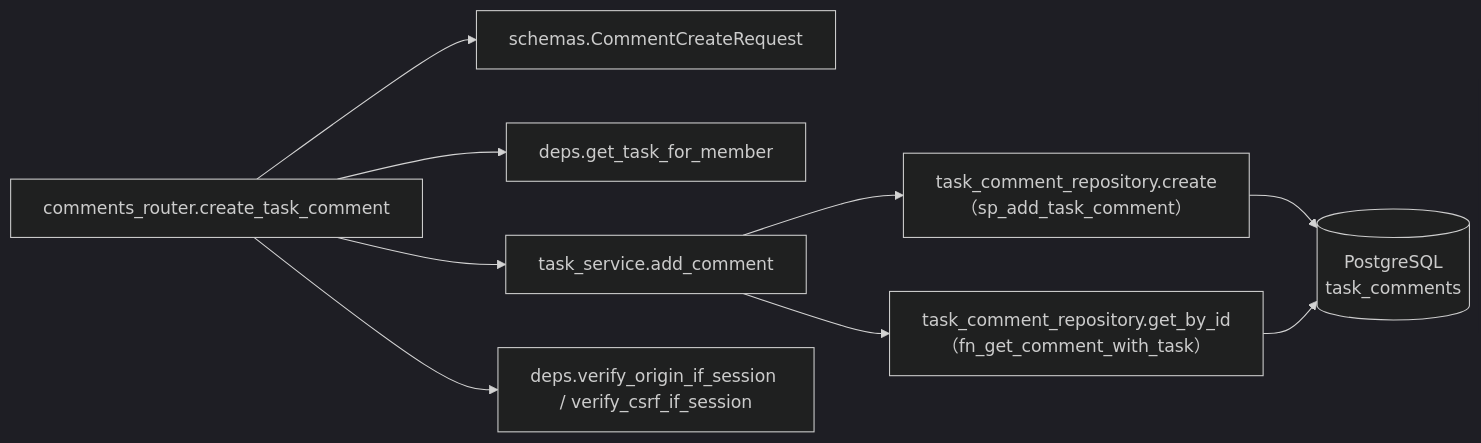
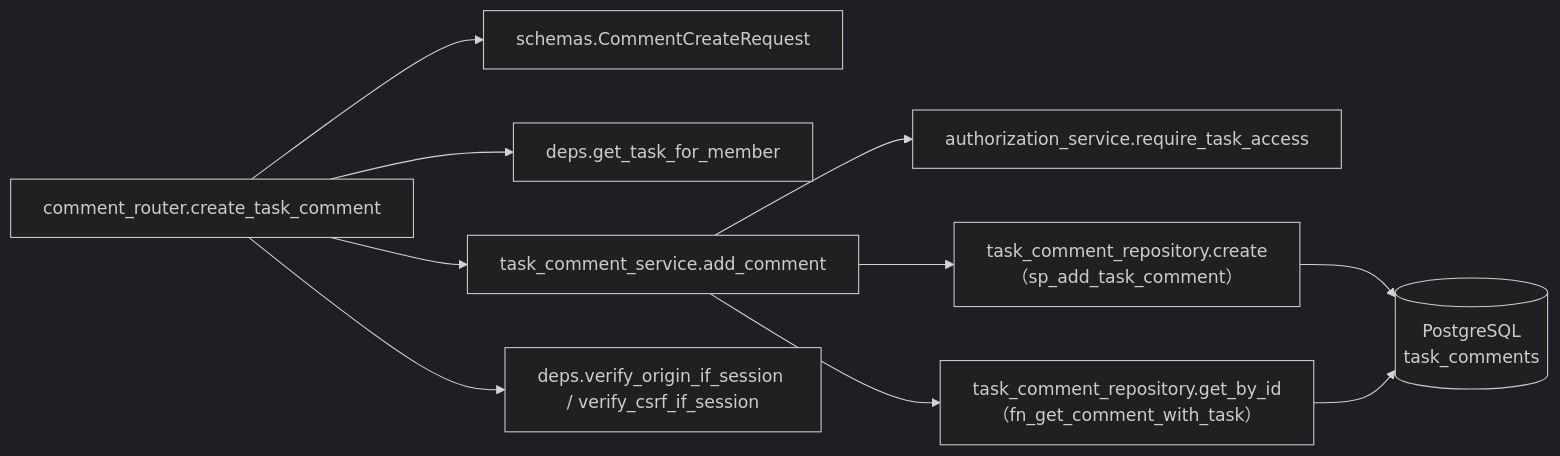
The third of 4 diagrams in docs/detailed_design/api/tasks/07_post_task_comments.md (oikawa-d/task_management), drawn with Mermaid (dark theme) before and after one commit. The commit also changed other lines of this file and 9 other files, not shown here.

````diff
--- a/docs/detailed_design/api/tasks/07_post_task_comments.md
+++ b/docs/detailed_design/api/tasks/07_post_task_comments.md
@@ -200,11 +216,12 @@
 ```mermaid
 flowchart LR
-    R["comments_router.create_task_comment"] --> Sch["schemas.CommentCreateRequest"]
+    R["comment_router.create_task_comment"] --> Sch["schemas.CommentCreateRequest"]
     R --> D["deps.get_task_for_member"]
-    R --> S["task_service.add_comment"]
+    R --> S["task_comment_service.add_comment"]
+    S --> A["authorization_service.require_task_access"]
     S --> TR["task_comment_repository.create<br/>（sp_add_task_comment）"]
     S --> GET["task_comment_repository.get_by_id<br/>（fn_get_comment_with_task）"]
     TR --> DB[("PostgreSQL<br/>task_comments")]
     GET --> DB
     R --> V["deps.verify_origin_if_session / verify_csrf_if_session"]
 ```
````
